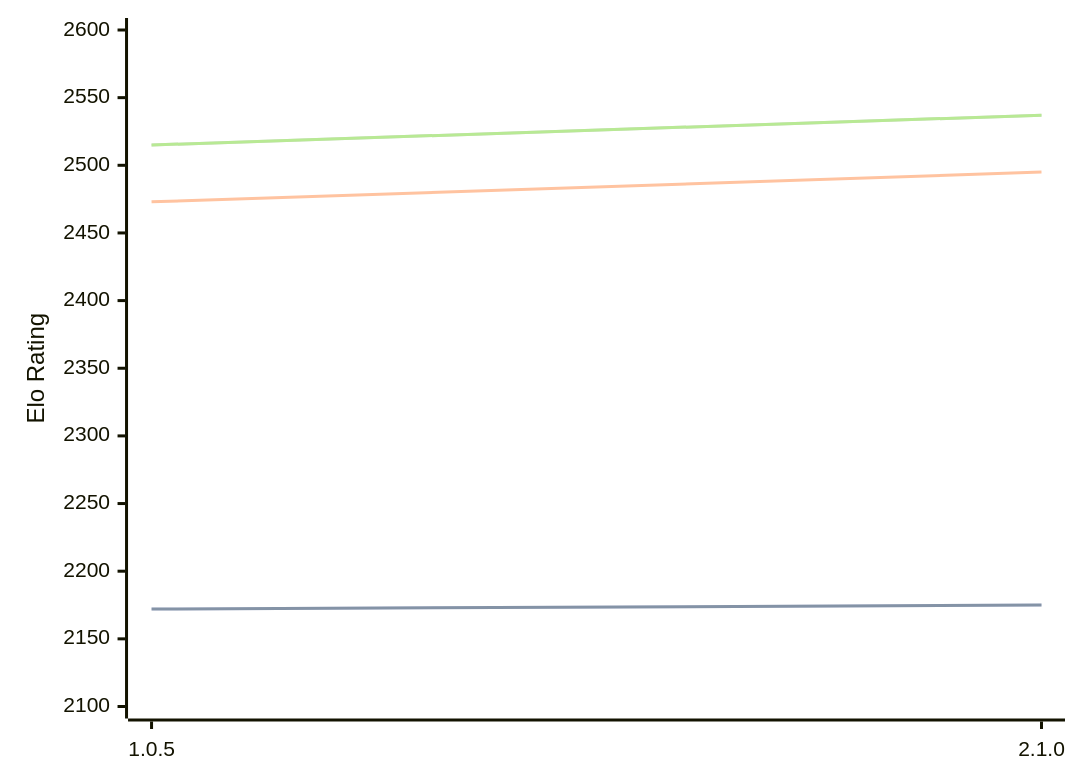
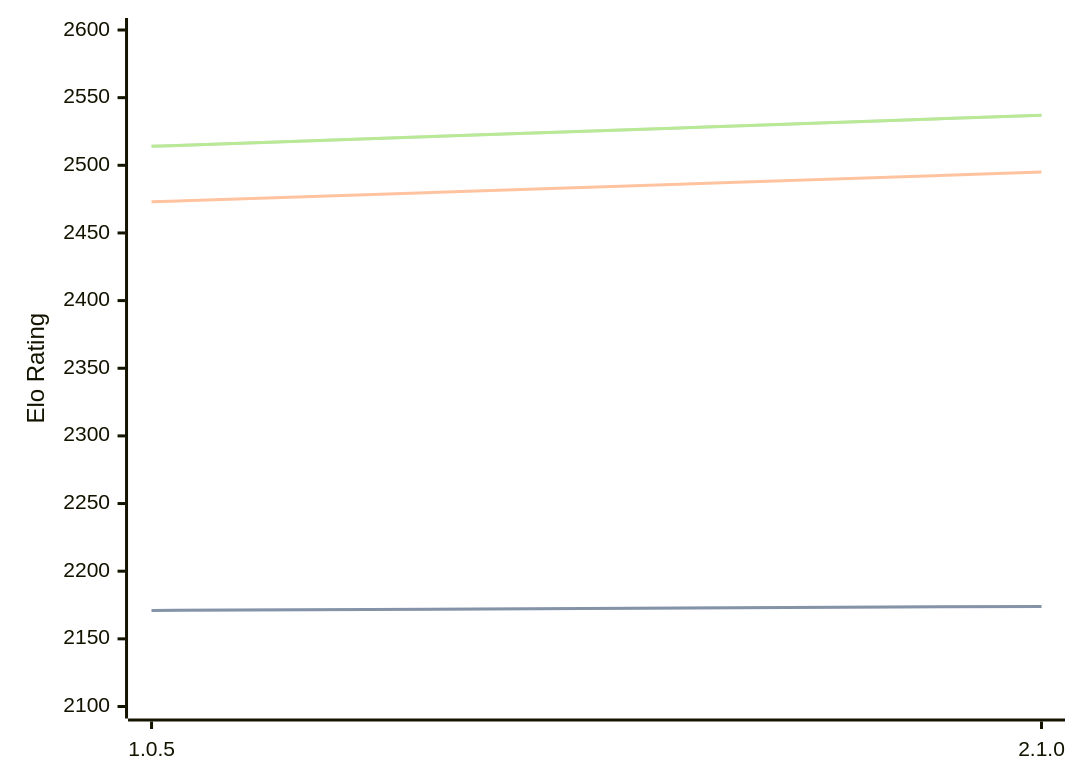
Before and after one commit to computer-chess-index/cci: the diagram in engines/Ruffian.md, drawn with Mermaid. The commit also changed other lines of this file, not shown here.

Commit message:
Update CCI Ratings (ELO VLTC) - 2026-03-23

````diff
--- a/engines/Ruffian.md
+++ b/engines/Ruffian.md
@@ -32,11 +32,11 @@
 ```mermaid
 %%{init: {"theme":"base","themeVariables":{"seriesColors:['#a3a3a3','#222221','#faa371']}}}%%
 xychart-beta
   x-axis ["1.0.5", "2.1.0"]
   y-axis "Elo Rating" 2100 --> 2600
-  line "STC (8.0+0.08s)" [2172, 2175]
-  line "STC (8.0+0.08s)" [2172, 2175]
+  line "STC (8.0+0.08s)" [2171, 2174]
+  line "STC (8.0+0.08s)" [2171, 2174]
   line "LTC (60.0+0.60s)" [2473, 2495]
-  line "VLTC (2m24s+1.12s)" [2515, 2537]
-  line "VLTC (2m24s+1.12s)" [2515, 2537]
+  line "VLTC (2m24s+1.12s)" [2514, 2537]
+  line "VLTC (2m24s+1.12s)" [2514, 2537]
 ```
````
